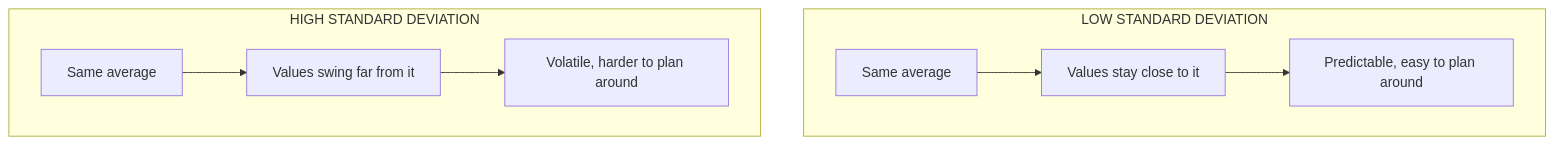
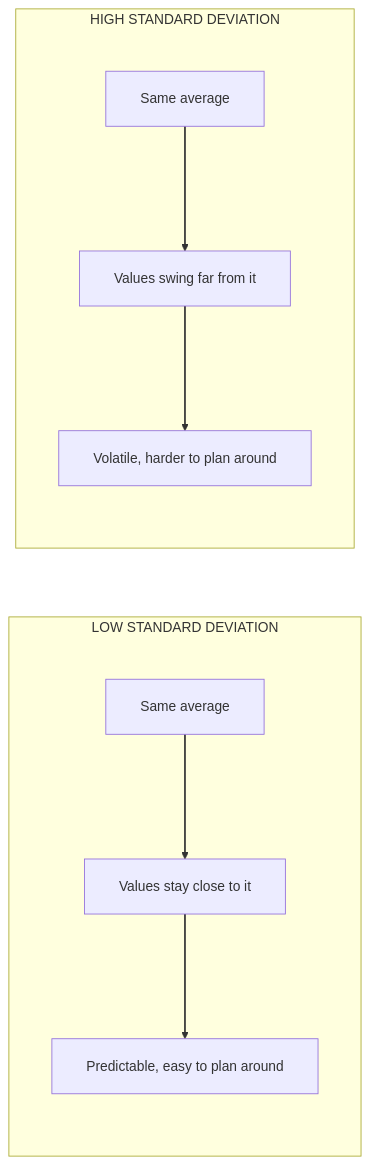
One commit to ritzrmx/Masai_Curriculum changed the second of 2 diagrams in IITP_AIML_Regional/IITP-GenAI-TA-I2606 & IITP-GenAI-TE-I-2608/Module-2/Statistics Spread,Variability and Outliers/pre-read - Statistics Spread, Variability and Outliers.md. Above: the diagram before and after it, drawn with Mermaid. The commit also changed other lines of this file and 42 other files, not shown here.

Commit message:
chore: standardize mermaid mental-map and pre-read styling

````diff
--- a/IITP_AIML_Regional/IITP-GenAI-TA-I2606 & IITP-GenAI-TE-I-2608/Module-2/Statistics Spread,Variability and Outliers/pre-read - Statistics Spread, Variability and Outliers.md
+++ b/IITP_AIML_Regional/IITP-GenAI-TA-I2606 & IITP-GenAI-TE-I-2608/Module-2/Statistics Spread,Variability and Outliers/pre-read - Statistics Spread, Variability and Outliers.md
@@ -151,11 +163,15 @@
 ```mermaid
-flowchart TB
+%%{init: {'themeVariables': {'fontSize': '16px'}, 'flowchart': {'useMaxWidth': false, 'htmlLabels': true, 'nodeSpacing': 80, 'rankSpacing': 120, 'wrappingWidth': 620, 'padding': 20}}}%%
+flowchart LR
     subgraph left_side["LOW STANDARD DEVIATION"]
         M1[Same average] --> M2[Values stay close to it]
         M2 --> M3[Predictable, easy to plan around]
     end
     subgraph right_side["HIGH STANDARD DEVIATION"]
         D1[Same average] --> D2[Values swing far from it]
         D2 --> D3[Volatile, harder to plan around]
     end
+
+
+linkStyle default stroke-width:2px
 ```
````
